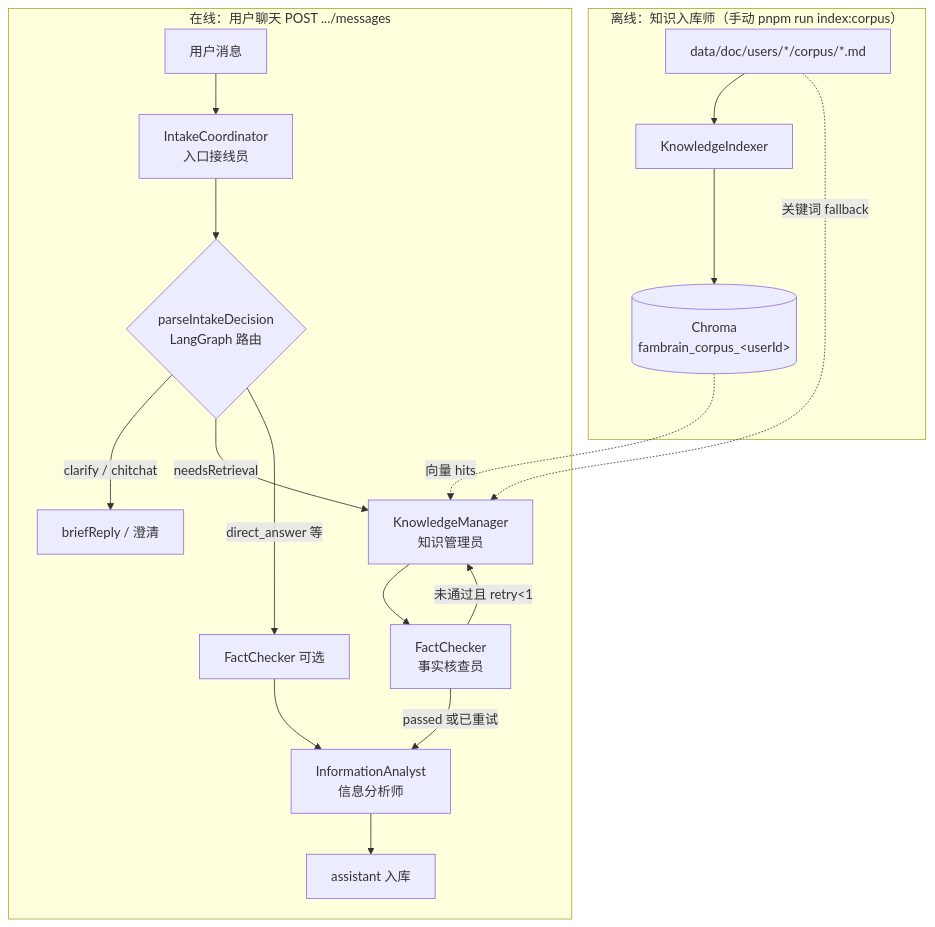
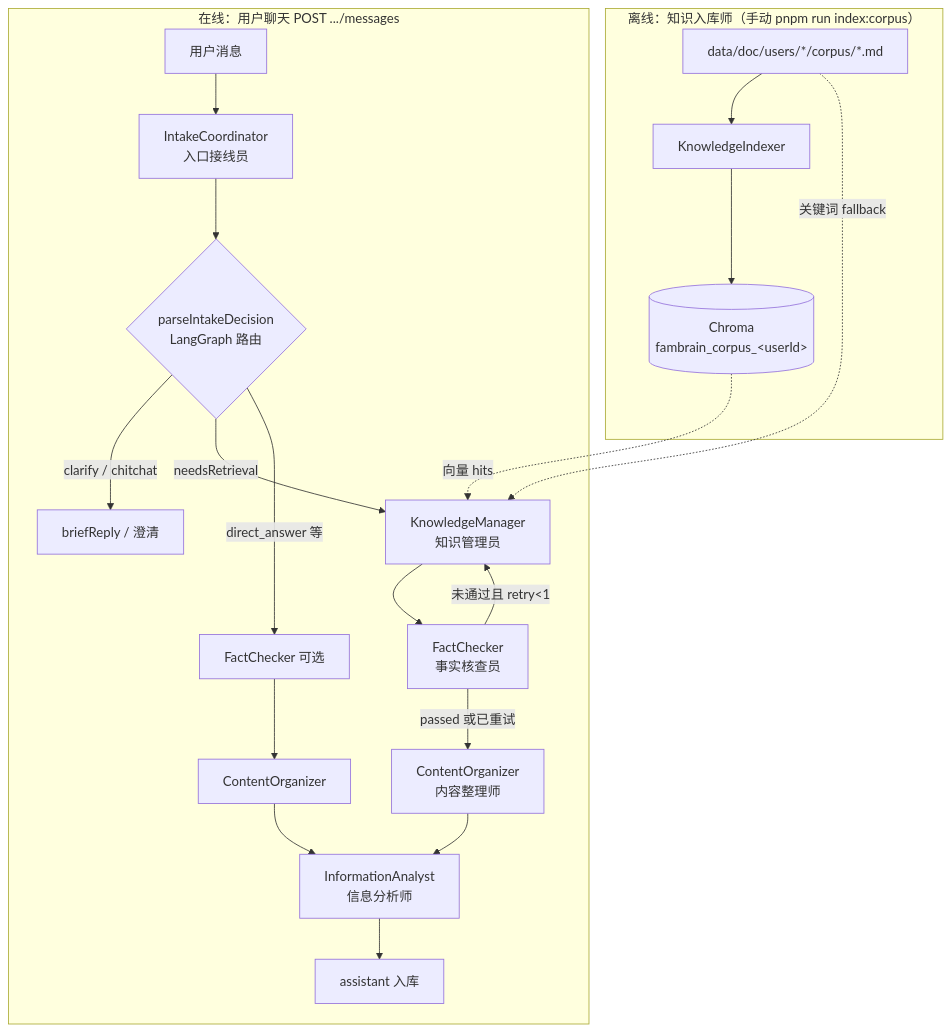
Before and after one commit to panzhanfei/fambrain-agents: the first of 8 diagrams in docs/02-agent-flows.md, drawn with Mermaid. The commit also changed other lines of this file and 4 other files, not shown here.

````diff
--- a/docs/02-agent-flows.md
+++ b/docs/02-agent-flows.md
@@ -20,24 +21,25 @@
 ```mermaid
 flowchart TB
   subgraph offline ["离线：知识入库师（手动 pnpm run index:corpus）"]
     MD["data/doc/users/*/corpus/*.md"]
     KI["KnowledgeIndexer"]
     CH[("Chroma<br/>fambrain_corpus_&lt;userId&gt;")]
     MD --> KI --> CH
   end
 
   subgraph online ["在线：用户聊天 POST .../messages"]
     U[用户消息] --> IC[IntakeCoordinator<br/>入口接线员]
     IC --> P{parseIntakeDecision<br/>LangGraph 路由}
     P -->|clarify / chitchat| R1[briefReply / 澄清]
     P -->|needsRetrieval| KM[KnowledgeManager<br/>知识管理员]
     KM --> FC[FactChecker<br/>事实核查员]
-    FC -->|passed 或已重试| IA[InformationAnalyst<br/>信息分析师]
+    FC -->|passed 或已重试| CO[ContentOrganizer<br/>内容整理师]
     FC -->|未通过且 retry&lt;1| KM
-    P -->|direct_answer 等| FC2[FactChecker 可选] --> IA
+    CO --> IA[InformationAnalyst<br/>信息分析师]
+    P -->|direct_answer 等| FC2[FactChecker 可选] --> CO2[ContentOrganizer] --> IA
     IA --> OUT[assistant 入库]
   end
 
   CH -.->|向量 hits| KM
   MD -.->|关键词 fallback| KM
 ```
````
